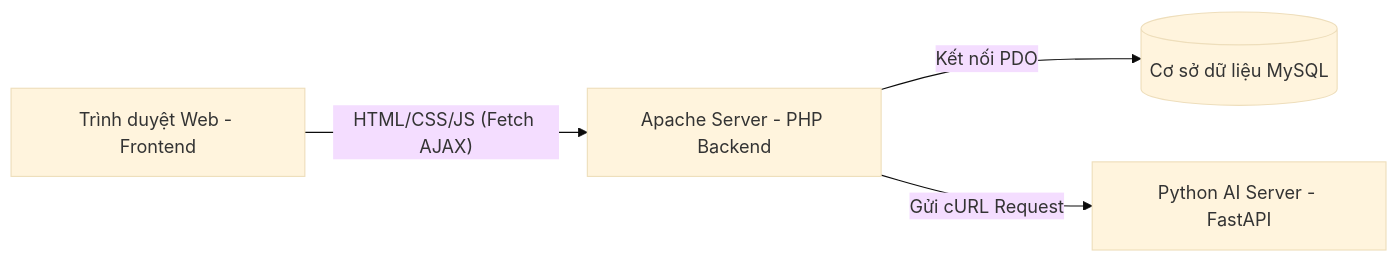
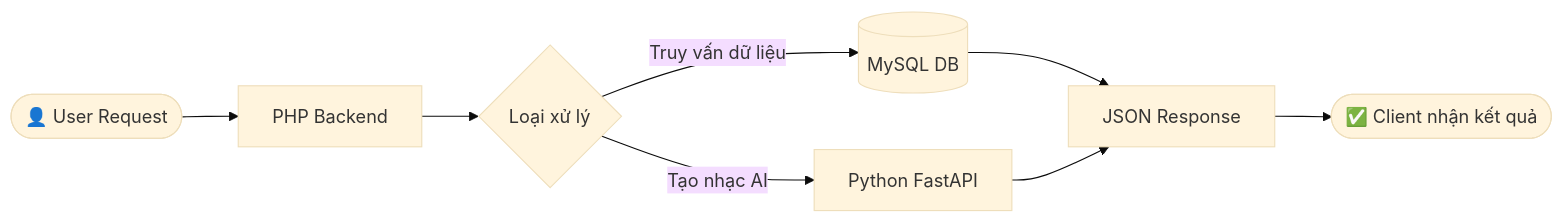
The fifth of 5 diagrams in docs/architecture.md (couq1/MusicAI), drawn with Mermaid (base theme) before and after one commit. The commit also changed other lines of this file and 40 other files, not shown here.

````diff
--- a/docs/architecture.md
+++ b/docs/architecture.md
@@ -140,6 +170,10 @@
 ```mermaid
-graph LR
-    Browser[Trình duyệt Web - Frontend] -- "HTML/CSS/JS (Fetch AJAX)" --> PHP[Apache Server - PHP Backend]
-    PHP -- "Kết nối PDO" --> MySQL[(Cơ sở dữ liệu MySQL)]
-    PHP -- "Gửi cURL Request" --> Python[Python AI Server - FastAPI]
+flowchart LR
+    A([👤 User Request]) --> B[PHP Backend]
+    B --> C{Loại xử lý}
+    C -- "Truy vấn dữ liệu" --> D[(MySQL DB)]
+    C -- "Tạo nhạc AI" --> E[Python FastAPI]
+    D --> F[JSON Response]
+    E --> F
+    F --> G([✅ Client nhận kết quả])
 ```
````
